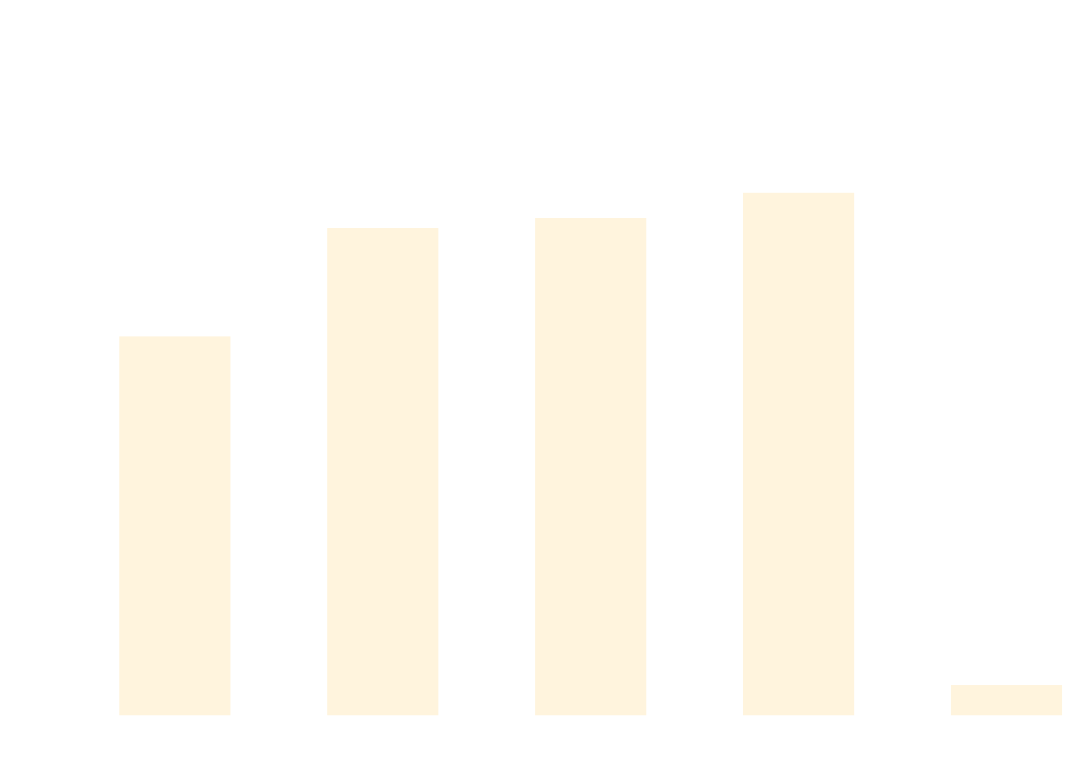
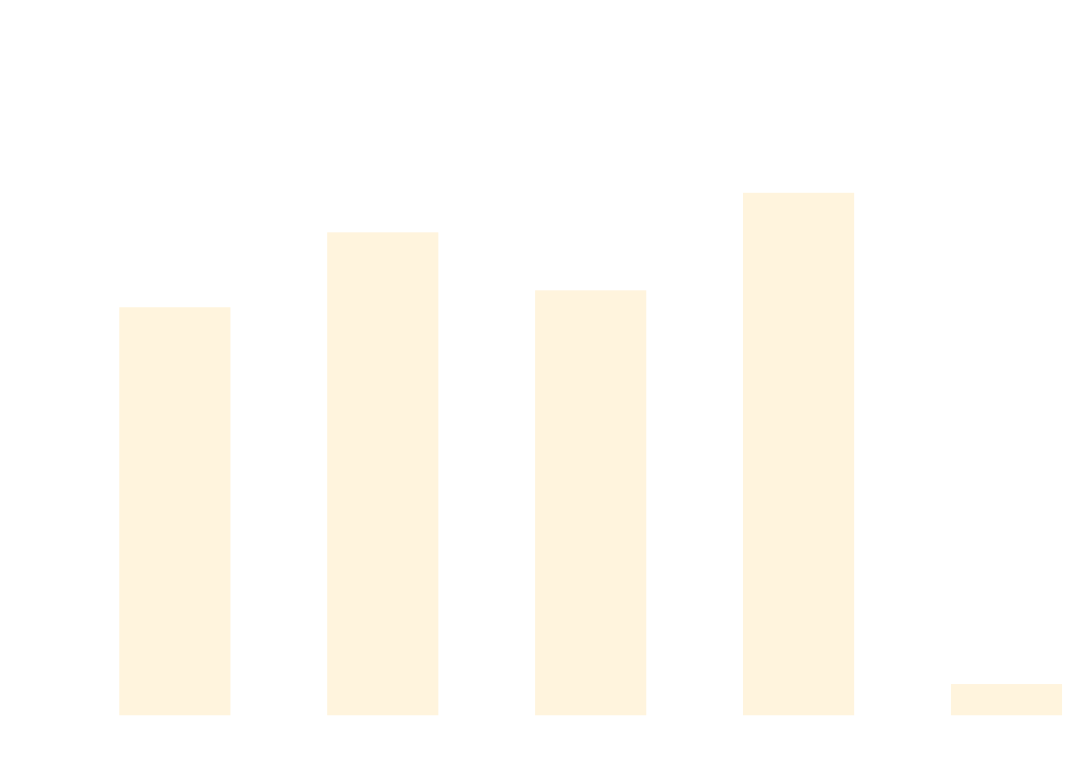
One commit to thomhurst/TUnit changed the diagram in docs/docs/benchmarks/DataDrivenTests.md. Above: the diagram before and after it, drawn with Mermaid. The commit also changed other lines of this file and 17 other files, not shown here.

````diff
--- a/docs/docs/benchmarks/DataDrivenTests.md
+++ b/docs/docs/benchmarks/DataDrivenTests.md
@@ -27,37 +27,37 @@
 ```mermaid
 %%{init: {
   'theme':'base',
   'themeVariables': {
     'primaryColor': '#2563eb',
     'primaryTextColor': '#ffffff',
     'primaryBorderColor': '#1e40af',
     'lineColor': '#6b7280',
     'secondaryColor': '#7c3aed',
     'tertiaryColor': '#dc2626',
     'background': '#ffffff',
     'mainBkg': '#2563eb',
     'secondBkg': '#7c3aed',
     'tertiaryBkg': '#dc2626',
     'clusterBkg': '#f3f4f6',
     'edgeLabelBackground': '#ffffff',
     'tertiaryTextColor': '#1f2937',
     'pie1': '#2563eb',
     'pie2': '#7c3aed',
     'pie3': '#dc2626',
     'pie4': '#f59e0b',
     'pie5': '#10b981',
     'pie6': '#06b6d4',
     'pie7': '#ec4899',
     'pie8': '#6366f1',
     'pie9': '#84cc16',
     'pie10': '#f97316',
     'pie11': '#14b8a6',
     'pie12': '#a855f7'
   }
 }}%%
 xychart-beta
   title "DataDrivenTests Performance Comparison"
   x-axis ["TUnit", "NUnit", "MSTest", "xUnit3", "TUnit_AOT"]
-  y-axis "Time (ms)" 0 --> 737
-  bar [441.02, 571.19, 583.24, 613.53, 22.17]
+  y-axis "Time (ms)" 0 --> 688
+  bar [444.36, 528.38, 463.34, 572.73, 21.78]
 ```
````
